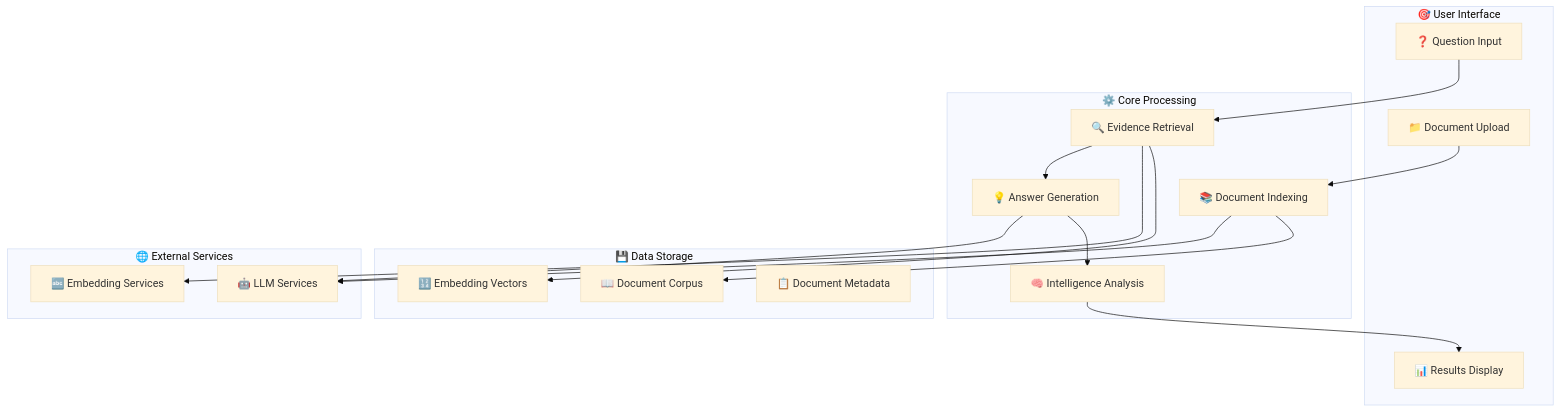
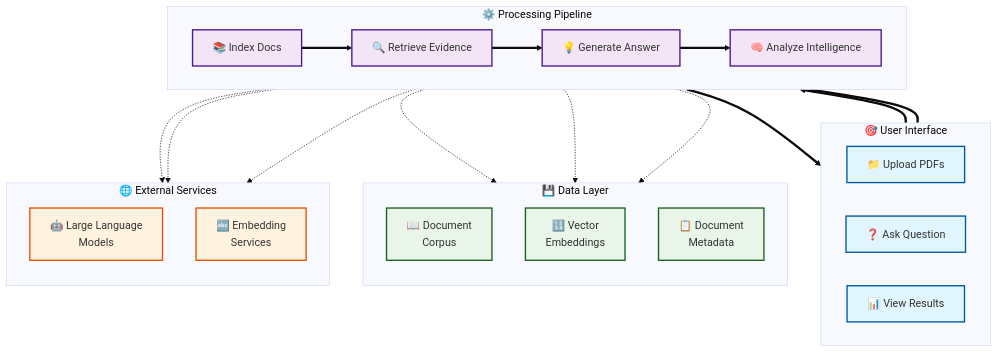
Before and after one commit to usathyan/paper-qa-ui: the first of 18 diagrams in docs/DEVELOPER.md, drawn with Mermaid (base theme).

Commit message:
Transform High-Level System Architecture diagram with professional styling
- Changed to flowchart TD for better visual hierarchy
- Added direction controls for cleaner subgraph layouts
- Enhanced component names with clearer, action-oriented labels
- Introduced different arrow types: ==> for primary flow, -.-> for connections
- Added comprehensive color-coded styling system:
  * Blue theme for UI components
  * Purple theme for processing pipeline
  * Green theme for data layer
  * Orange theme for external services
- Multi-line labels for better text organization
- Clear visual distinction between primary flow and secondary connections
- Professional appearance suitable for technical documentation

````diff
--- a/docs/DEVELOPER.md
+++ b/docs/DEVELOPER.md
@@ -28,41 +28,59 @@
 ```mermaid
-graph TB
-    subgraph "🎯 User Interface"
-        UPLOAD[📁 Document Upload]
-        QUERY[❓ Question Input]
-        DISPLAY[📊 Results Display]
+flowchart TD
+    subgraph UI ["🎯 User Interface"]
+        direction LR
+        UPLOAD[📁 Upload PDFs]
+        QUERY[❓ Ask Question]
+        DISPLAY[📊 View Results]
     end
     
-    subgraph "⚙️ Core Processing"
-        INDEX[📚 Document Indexing]
-        SEARCH[🔍 Evidence Retrieval]
-        ANSWER[💡 Answer Generation]
-        INTELL[🧠 Intelligence Analysis]
+    subgraph PROC ["⚙️ Processing Pipeline"]
+        direction LR
+        INDEX[📚 Index Docs]
+        SEARCH[🔍 Retrieve Evidence]
+        ANSWER[💡 Generate Answer]
+        INTELL[🧠 Analyze Intelligence]
     end
     
-    subgraph "💾 Data Storage"
-        CORPUS[📖 Document Corpus]
-        VECTORS[🔢 Embedding Vectors]
-        METADATA[📋 Document Metadata]
+    subgraph DATA ["💾 Data Layer"]
+        direction TB
+        CORPUS[📖 Document<br/>Corpus]
+        VECTORS[🔢 Vector<br/>Embeddings]
+        METADATA[📋 Document<br/>Metadata]
     end
     
-    subgraph "🌐 External Services"
-        LLM[🤖 LLM Services]
-        EMB[🔤 Embedding Services]
+    subgraph EXT ["🌐 External Services"]
+        direction TB
+        LLM[🤖 Large Language<br/>Models]
+        EMB[🔤 Embedding<br/>Services]
     end
     
-    UPLOAD --> INDEX
-    QUERY --> SEARCH
+    %% Primary Flow
+    UPLOAD ==> INDEX
+    QUERY ==> SEARCH
+    INDEX ==> SEARCH
+    SEARCH ==> ANSWER
+    ANSWER ==> INTELL
+    INTELL ==> DISPLAY
     
-    INDEX --> CORPUS
-    INDEX --> LLM
+    %% Data Connections
+    INDEX -.-> CORPUS
+    INDEX -.-> METADATA
+    SEARCH -.-> VECTORS
     
-    SEARCH --> VECTORS
-    SEARCH --> EMB
-    SEARCH --> ANSWER
+    %% Service Connections
+    INDEX -.-> LLM
+    SEARCH -.-> EMB
+    ANSWER -.-> LLM
     
-    ANSWER --> INTELL
-    ANSWER --> LLM
+    %% Styling
+    classDef uiStyle fill:#e1f5fe,stroke:#01579b,stroke-width:2px
+    classDef procStyle fill:#f3e5f5,stroke:#4a148c,stroke-width:2px
+    classDef dataStyle fill:#e8f5e8,stroke:#1b5e20,stroke-width:2px
+    classDef extStyle fill:#fff3e0,stroke:#e65100,stroke-width:2px
     
-    INTELL --> DISPLAY
+    class UPLOAD,QUERY,DISPLAY uiStyle
+    class INDEX,SEARCH,ANSWER,INTELL procStyle
+    class CORPUS,VECTORS,METADATA dataStyle
+    class LLM,EMB extStyle
 ```
````
